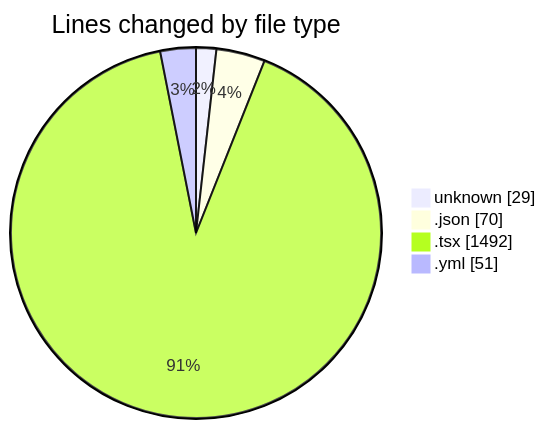
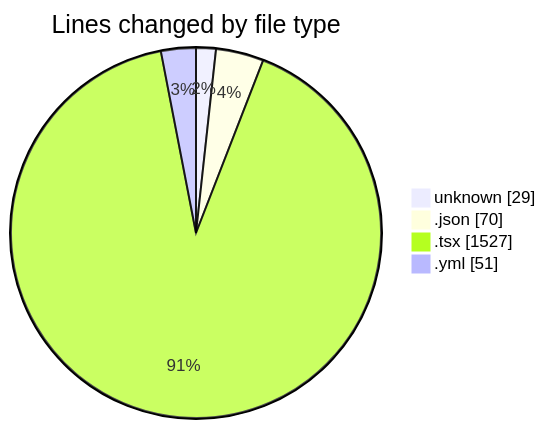
Before and after one commit to robertbonfada/code-tracking: the first of 2 diagrams in 2025-01-14/mbc-web/README.md, drawn with Mermaid. The commit also changed other lines of this file and 1 other file, not shown here.

````diff
--- a/2025-01-14/mbc-web/README.md
+++ b/2025-01-14/mbc-web/README.md
@@ -36,8 +36,8 @@
 ```mermaid
 pie showData
 title Lines changed by file type
 "unknown" : 29
 ".json" : 70
-".tsx" : 1492
+".tsx" : 1527
 ".yml" : 51
 ```
````
